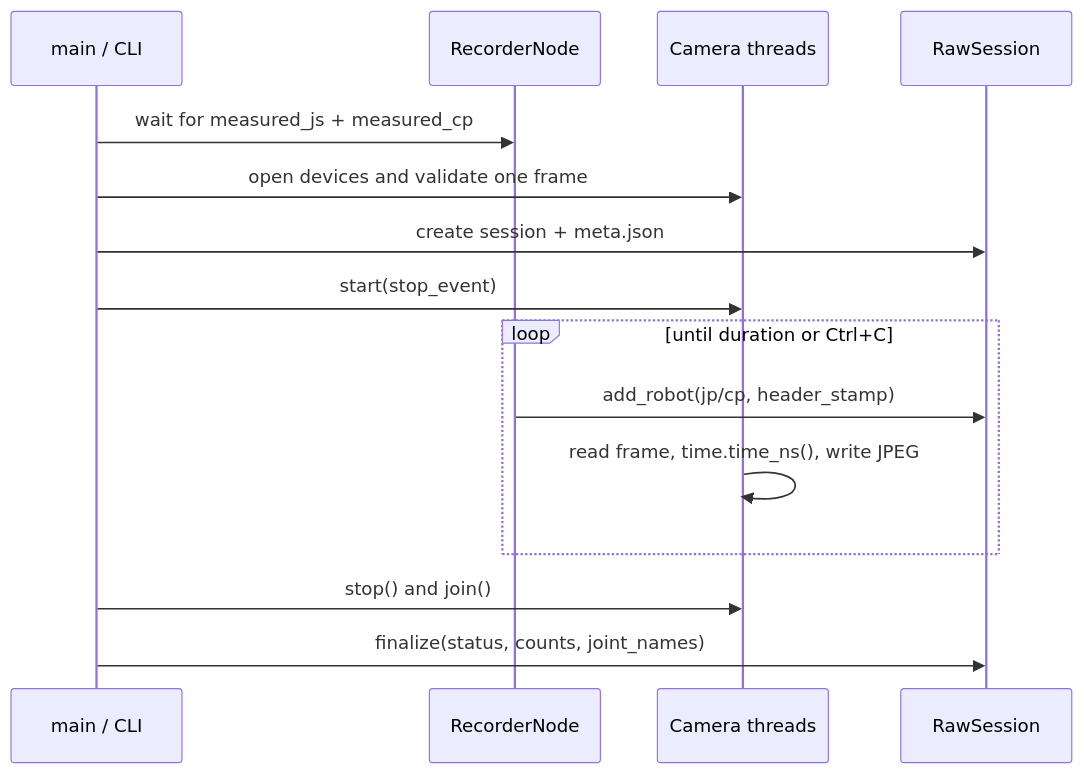
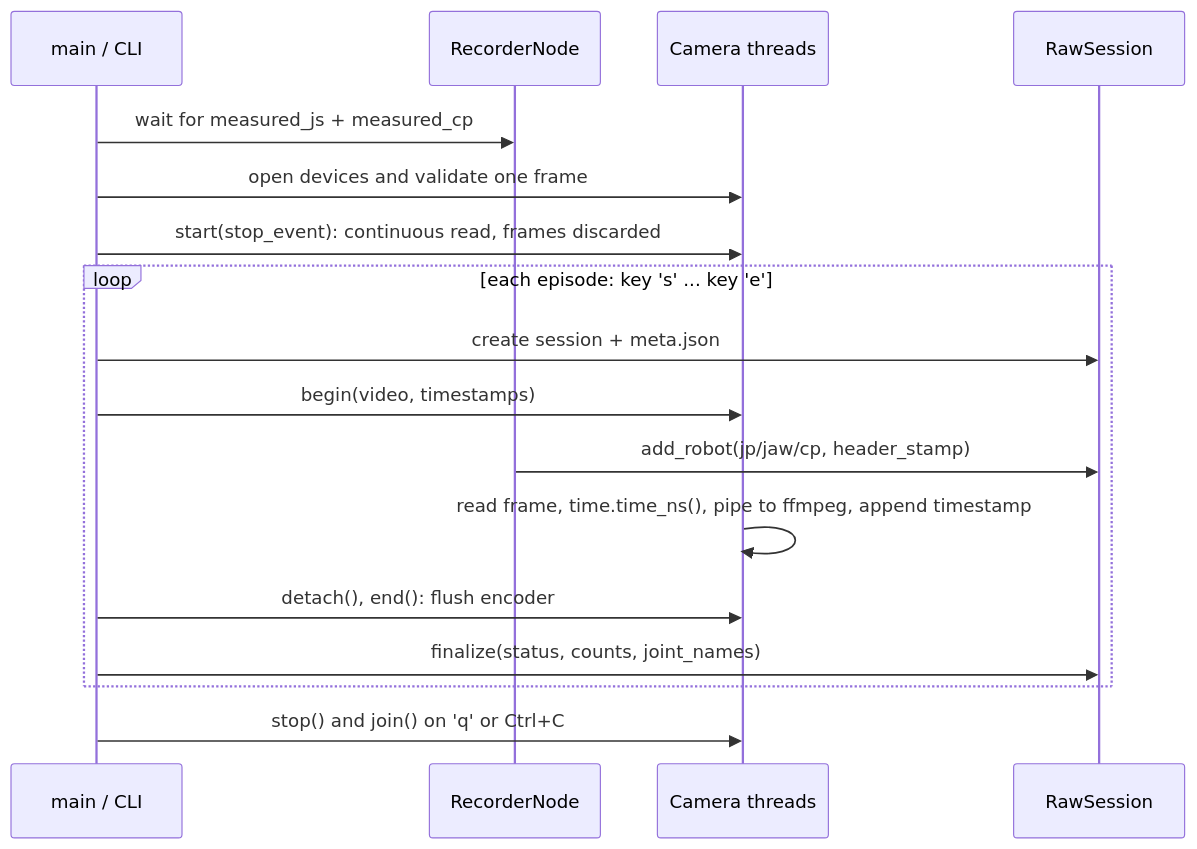
One commit to SlenterZhang/Open-H-Embodiment-dVRK-v2 changed the second of 2 diagrams in ARCHITECTURE.md. Above: the diagram before and after it, drawn with Mermaid. The commit also changed other lines of this file and 1 other file, not shown here.

First line of the commit message:
docs: detailed README and updated architecture notes

````diff
--- a/ARCHITECTURE.md
+++ b/ARCHITECTURE.md
@@ -139,18 +157,20 @@
 ```mermaid
 sequenceDiagram
     participant M as main / CLI
     participant N as RecorderNode
     participant C as Camera threads
     participant S as RawSession
 
     M->>N: wait for measured_js + measured_cp
     M->>C: open devices and validate one frame
-    M->>S: create session + meta.json
-    M->>C: start(stop_event)
-    loop until duration or Ctrl+C
-        N->>S: add_robot(jp/cp, header_stamp)
-        C->>C: read frame, time.time_ns(), write JPEG
+    M->>C: start(stop_event): continuous read, frames discarded
+    loop each episode: key 's' ... key 'e'
+        M->>S: create session + meta.json
+        M->>C: begin(video, timestamps)
+        N->>S: add_robot(jp/jaw/cp, header_stamp)
+        C->>C: read frame, time.time_ns(), pipe to ffmpeg, append timestamp
+        M->>C: detach(), end(): flush encoder
+        M->>S: finalize(status, counts, joint_names)
     end
-    M->>C: stop() and join()
-    M->>S: finalize(status, counts, joint_names)
+    M->>C: stop() and join() on 'q' or Ctrl+C
 ```
````
